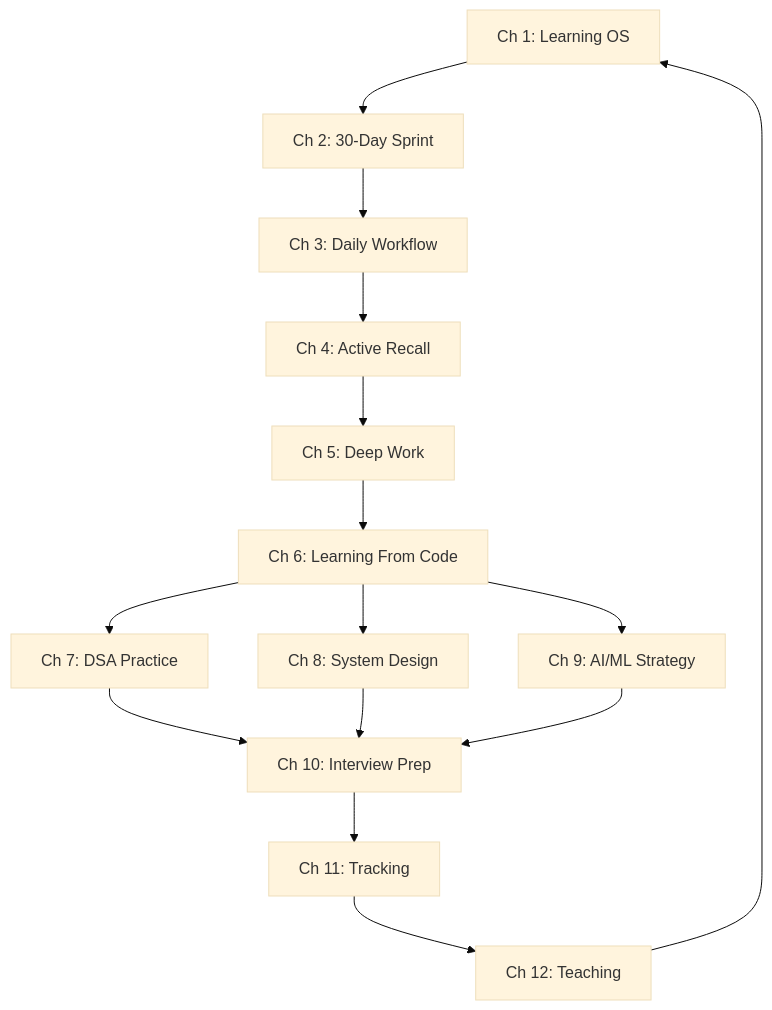
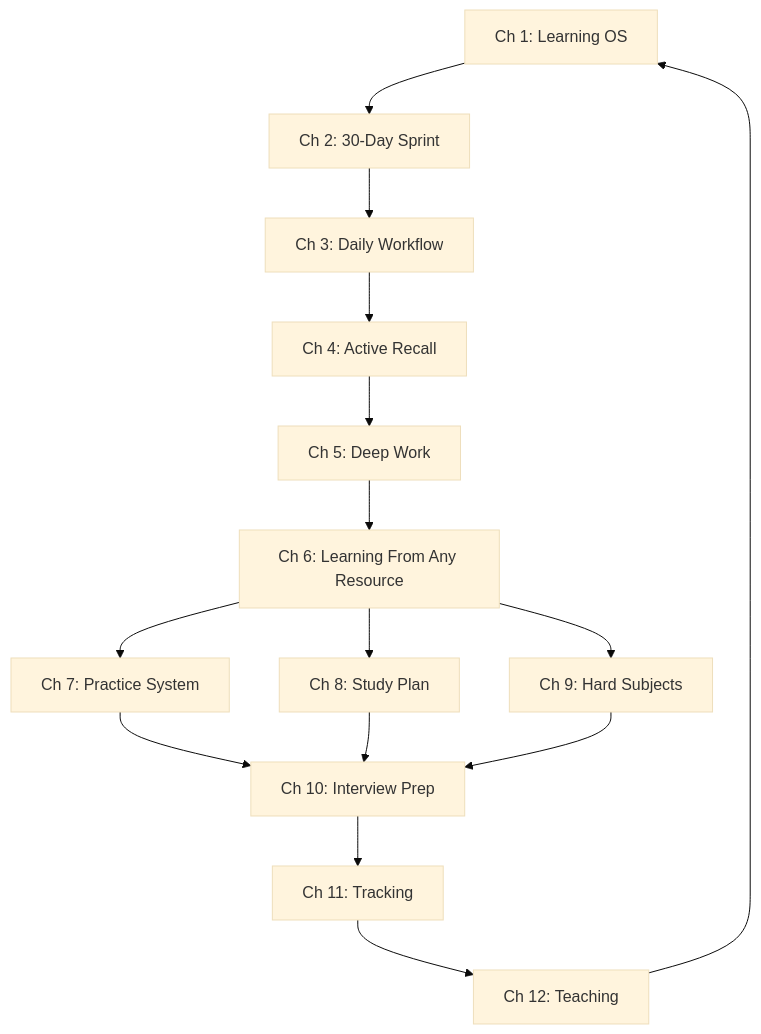
Before and after one commit to Raushan666java/ai-engineering-journey: the diagram in docs/courses/learning-how-to-learn-practical/index.md, drawn with Mermaid (base theme). The commit also changed other lines of this file and 14 other files, not shown here.

````diff
--- a/docs/courses/learning-how-to-learn-practical/index.md
+++ b/docs/courses/learning-how-to-learn-practical/index.md
@@ -97,17 +102,17 @@
 ```mermaid
 flowchart TD
     A[Ch 1: Learning OS] --> B[Ch 2: 30-Day Sprint]
     B --> C[Ch 3: Daily Workflow]
     C --> D[Ch 4: Active Recall]
     D --> E[Ch 5: Deep Work]
-    E --> F[Ch 6: Learning From Code]
-    F --> G[Ch 7: DSA Practice]
-    F --> H[Ch 8: System Design]
-    F --> I[Ch 9: AI/ML Strategy]
+    E --> F[Ch 6: Learning From Any Resource]
+    F --> G[Ch 7: Practice System]
+    F --> H[Ch 8: Study Plan]
+    F --> I[Ch 9: Hard Subjects]
     G --> J[Ch 10: Interview Prep]
     H --> J
     I --> J
     J --> K[Ch 11: Tracking]
     K --> L[Ch 12: Teaching]
     L --> A
 ```
````
